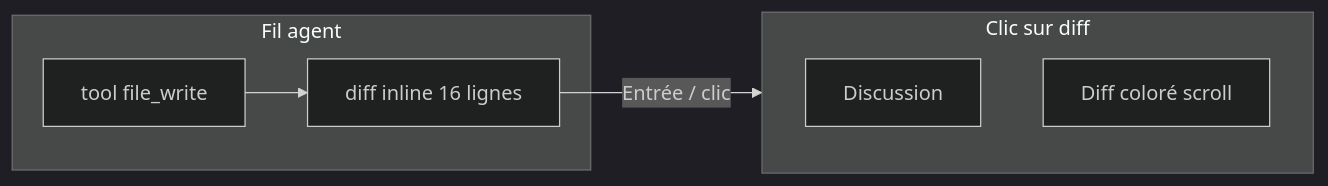
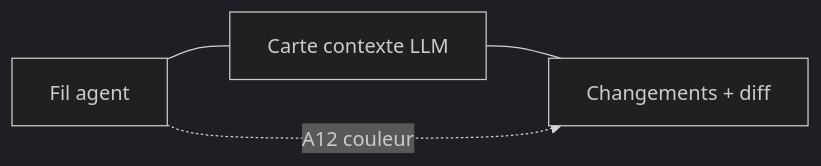
The diagram in docs/2.0.5/README.md (DroxKiwi/Drox---TUI), drawn with Mermaid (dark theme) before and after one commit. The commit also changed other lines of this file and 11 other files, not shown here.

````diff
--- a/docs/2.0.5/README.md
+++ b/docs/2.0.5/README.md
@@ -17,13 +17,9 @@
 ```mermaid
 flowchart LR
-    subgraph Fil["Fil agent"]
-        T["tool file_write"]
-        D["diff inline 16 lignes"]
-    end
-    subgraph Split["Clic sur diff"]
-        L["Discussion"]
-        R["Diff coloré scroll"]
-    end
-    T --> D
-    D -->|"Entrée / clic"| Split
+  FIL["Fil agent"]
+  MAP["Carte contexte LLM"]
+  CHG["Changements + diff"]
+  FIL --- MAP
+  MAP --- CHG
+  FIL -.->|"A12 couleur"| CHG
 ```
````
